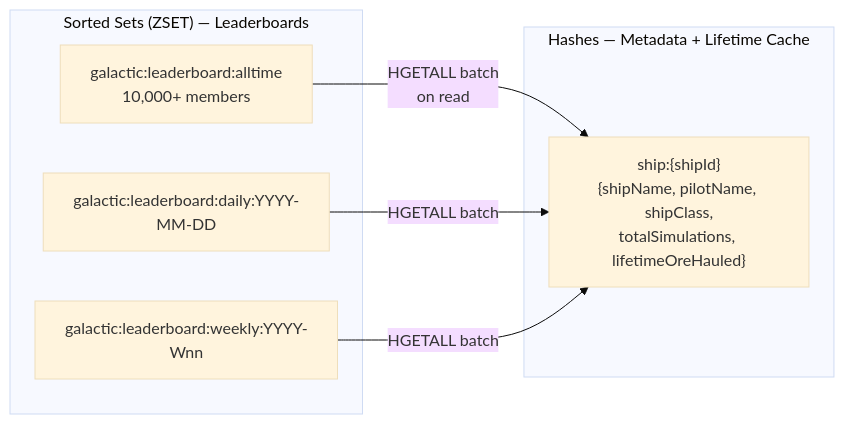
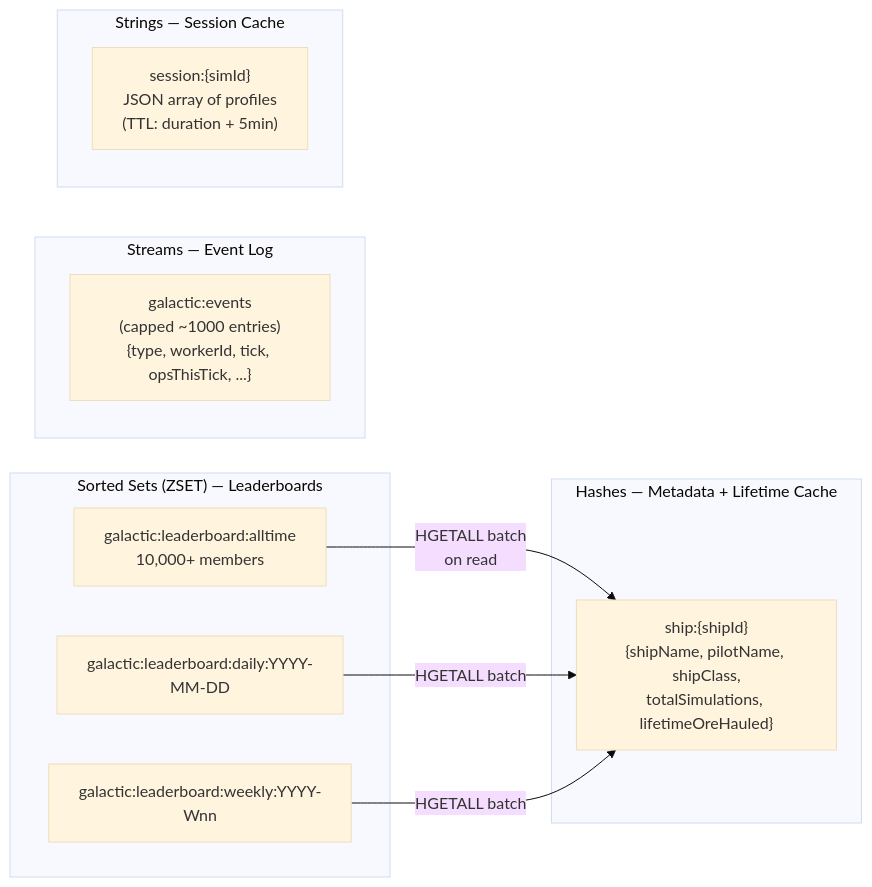
The third of 5 diagrams in ARCHITECTURE.md (rickrams/galactic-mining-league), drawn with Mermaid (base theme) before and after one commit. The commit also changed other lines of this file and 1 other file, not shown here.

Commit message:
Document Valkey Streams and session caching in README + ARCHITECTURE
- README: new sections on Streams (XADD/XRANGE event log) and ephemeral
  session cache (SET EX for worker fan-out)
- ARCHITECTURE: added Streams and Strings to data model diagram, events
  route to API table, features table entries for XADD/XRANGE/XLEN/SET/GET,
  design decision explaining Streams over Pub/Sub

````diff
--- a/ARCHITECTURE.md
+++ b/ARCHITECTURE.md
@@ -74,16 +74,24 @@
 ```mermaid
 graph LR
     subgraph "Sorted Sets (ZSET) — Leaderboards"
         A["galactic:leaderboard:alltime<br/>10,000+ members"]
         B["galactic:leaderboard:daily:YYYY-MM-DD"]
         C["galactic:leaderboard:weekly:YYYY-Wnn"]
     end
 
     subgraph "Hashes — Metadata + Lifetime Cache"
         H["ship:{shipId}<br/>{shipName, pilotName, shipClass,<br/>totalSimulations, lifetimeOreHauled}"]
     end
 
+    subgraph "Streams — Event Log"
+        S["galactic:events<br/>(capped ~1000 entries)<br/>{type, workerId, tick, opsThisTick, ...}"]
+    end
+
+    subgraph "Strings — Session Cache"
+        K["session:{simId}<br/>JSON array of profiles<br/>(TTL: duration + 5min)"]
+    end
+
     A -->|"HGETALL batch<br/>on read"| H
     B -->|"HGETALL batch"| H
     C -->|"HGETALL batch"| H
 ```
````
